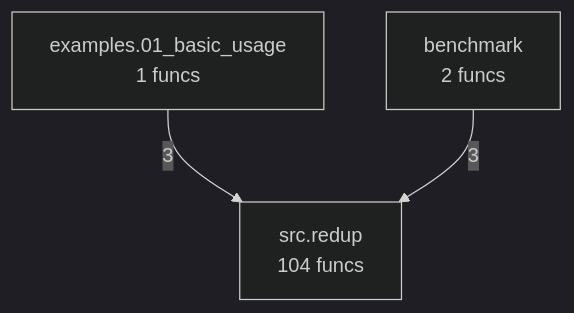
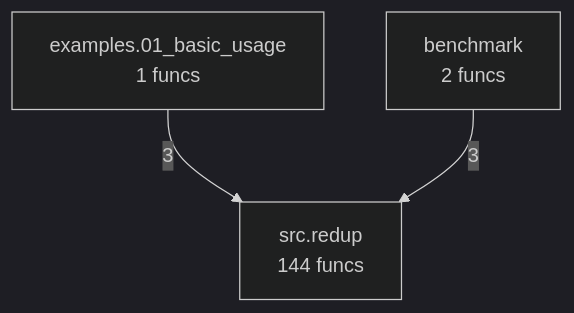
Before and after one commit to semcod/redup: the diagram in project/compact_flow.mmd, drawn with Mermaid (dark theme). The commit also changed 25 other files, not shown here.

```diff
--- a/project/compact_flow.mmd
+++ b/project/compact_flow.mmd
@@ -1,6 +1,6 @@
 flowchart TD
     benchmark["benchmark<br/>2 funcs"]
     examples_01_basic_usage["examples.01_basic_usage<br/>1 funcs"]
-    src_redup["src.redup<br/>104 funcs"]
+    src_redup["src.redup<br/>144 funcs"]
     examples_01_basic_usage -->|3| src_redup
     benchmark -->|3| src_redup
```
